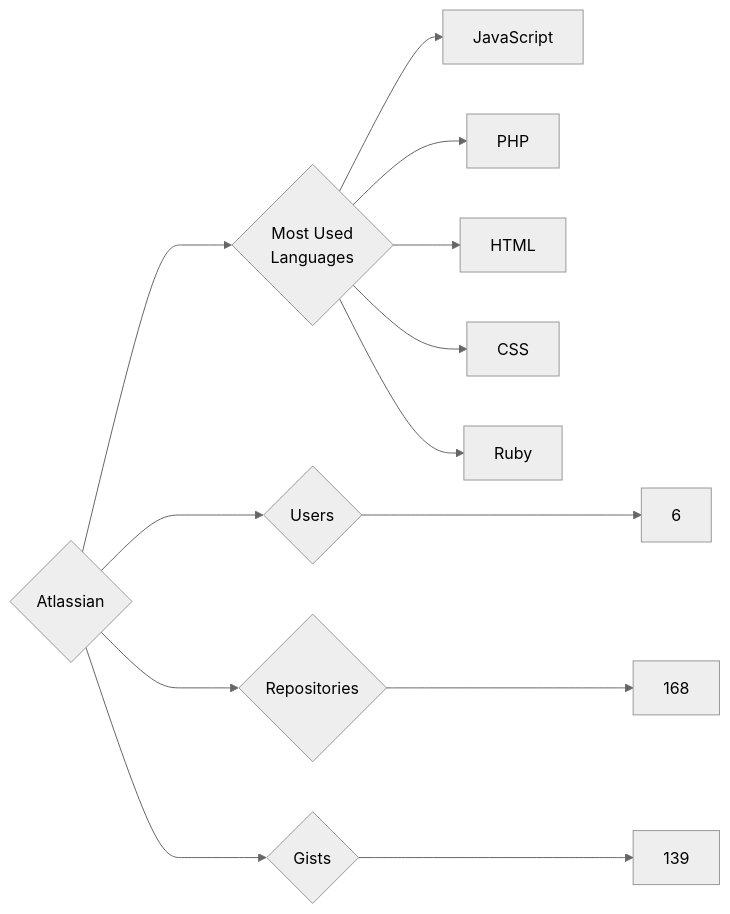
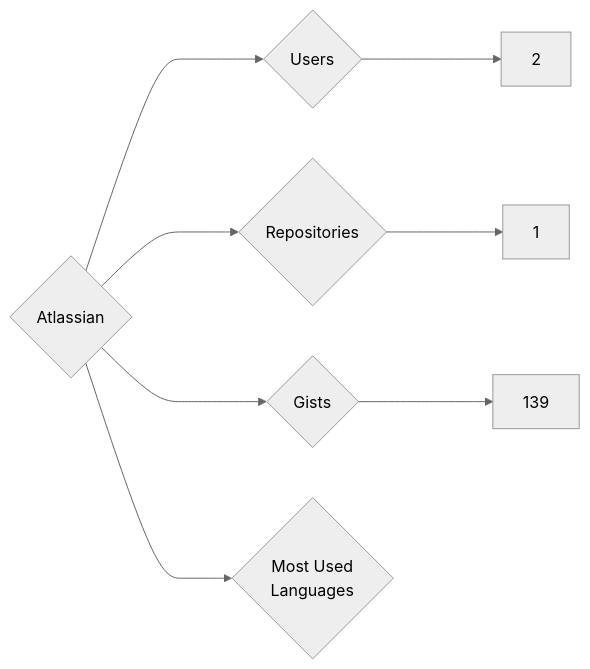
One commit to trickest/insiders changed the diagram in targets/Atlassian/README.md. Above: the diagram before and after it, drawn with Mermaid (neutral theme). The commit also changed 776 other files, not shown here.

````diff
--- a/targets/Atlassian/README.md
+++ b/targets/Atlassian/README.md
@@ -3,13 +3,8 @@
 ```mermaid
 graph LR
 COMPANY_NAME{Atlassian}
-COMPANY_NAME ---> U{Users} ---> UN[6]
-COMPANY_NAME ---> R{Repositories} ---> RN[168]
+COMPANY_NAME ---> U{Users} ---> UN[2]
+COMPANY_NAME ---> R{Repositories} ---> RN[1]
 COMPANY_NAME ---> G{Gists} ---> GN[139]
 COMPANY_NAME ---> ML{Most Used<br>Languages}
-ML --> JavaScript[JavaScript]
-ML --> PHP[PHP]
-ML --> HTML[HTML]
-ML --> CSS[CSS]
-ML --> Ruby[Ruby]
 ```
````
